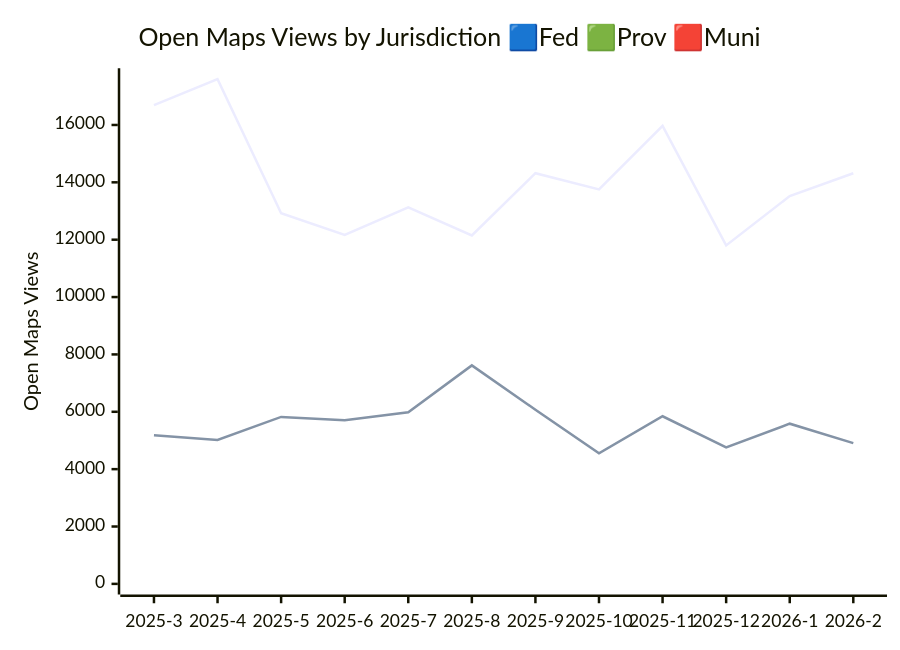
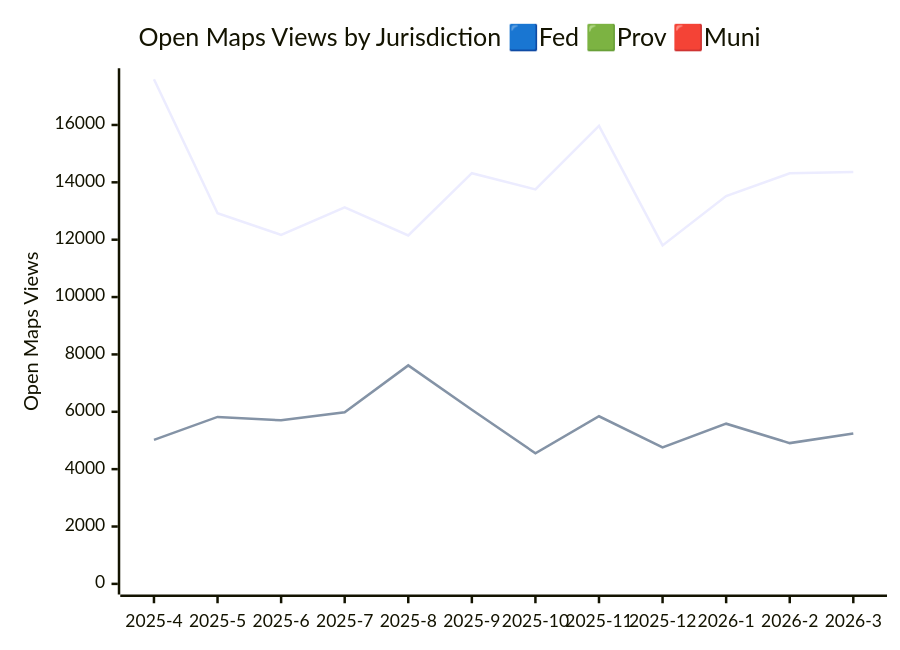
One commit to open-data/analytics-corporate-reporting changed the third of 3 diagrams in JURISDICTION_ANALYTICS_REPORT/readme.md. Above: the diagram before and after it, drawn with Mermaid. The commit also changed other lines of this file and 3 other files, not shown here.

````diff
--- a/JURISDICTION_ANALYTICS_REPORT/readme.md
+++ b/JURISDICTION_ANALYTICS_REPORT/readme.md
@@ -41,9 +41,9 @@
 ```mermaid
 
 xychart-beta
     title "Open Maps Views by Jurisdiction 🟦Fed 🟩Prov 🟥Muni"
-    x-axis [2025-3, 2025-4, 2025-5, 2025-6, 2025-7, 2025-8, 2025-9, 2025-10, 2025-11, 2025-12, 2026-1, 2026-2]
+    x-axis [2025-4, 2025-5, 2025-6, 2025-7, 2025-8, 2025-9, 2025-10, 2025-11, 2025-12, 2026-1, 2026-2, 2026-3]
     y-axis "Open Maps Views" 0 --> 17607
-    line [16691, 17597, 12924, 12169, 13130, 12149, 14319, 13755, 15966, 11799, 13520, 14315]
-    line [5185, 5019, 5822, 5703, 5985, 7617, 6072, 4555, 5844, 4760, 5585, 4908]
+    line [17597, 12924, 12169, 13130, 12149, 14319, 13755, 15966, 11799, 13520, 14315, 14356]
+    line [5019, 5822, 5703, 5985, 7617, 6072, 4555, 5844, 4760, 5585, 4908, 5244]
 ```
````
